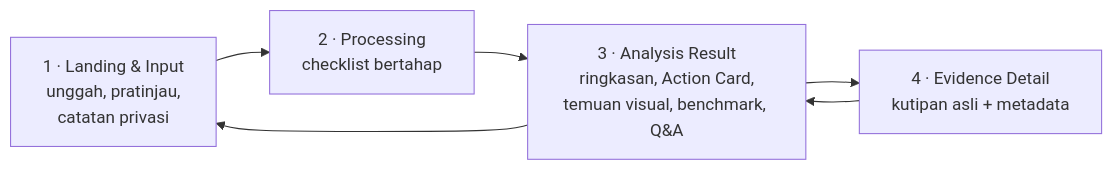
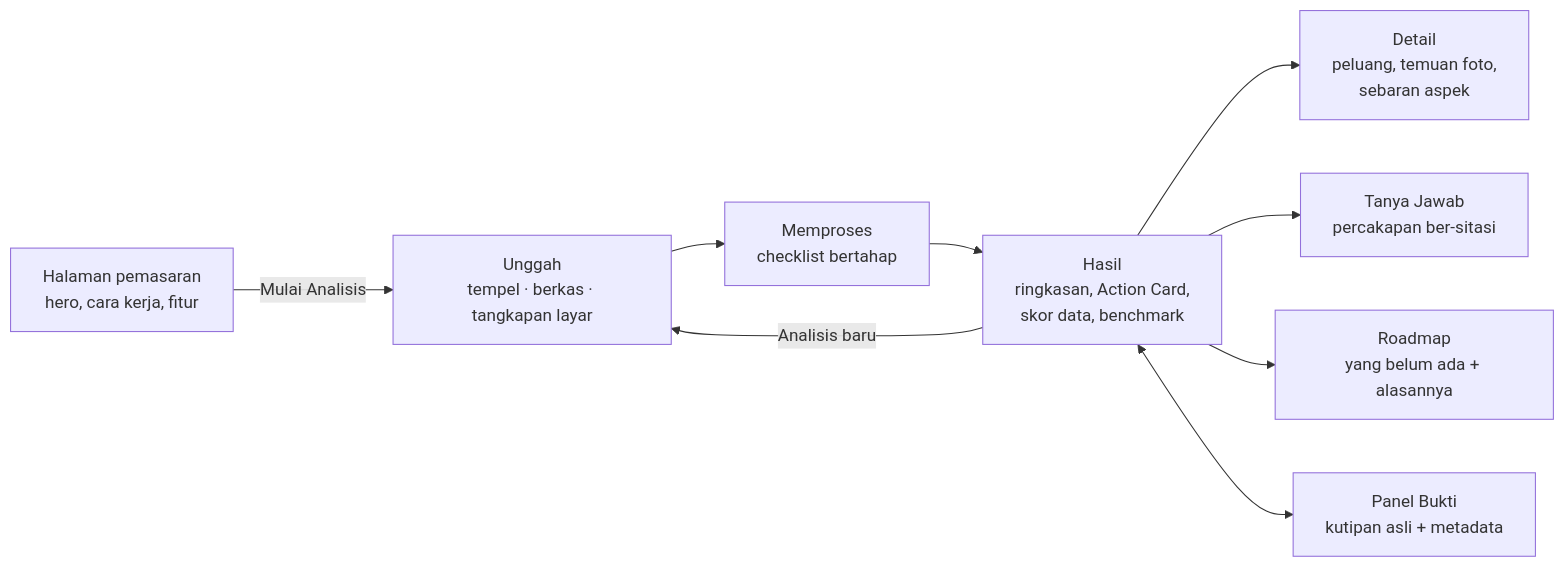
The fourth of 5 diagrams in README.md (MikaelAdikara/BPS_AIC), drawn with Mermaid before and after one commit. The commit also changed other lines of this file and 46 other files, not shown here.

````diff
--- a/README.md
+++ b/README.md
@@ -285,8 +290,11 @@
 ```mermaid
 flowchart LR
-    S1[1 · Landing & Input<br/>unggah, pratinjau,<br/>catatan privasi] --> S2[2 · Processing<br/>checklist bertahap]
-    S2 --> S3[3 · Analysis Result<br/>ringkasan, Action Card,<br/>temuan visual, benchmark, Q&A]
-    S3 --> S4[4 · Evidence Detail<br/>kutipan asli + metadata]
-    S4 --> S3
-    S3 --> S1
+    L[Halaman pemasaran<br/>hero, cara kerja, fitur] -->|Mulai Analisis| S1
+    S1[Unggah<br/>tempel · berkas · tangkapan layar] --> S2[Memproses<br/>checklist bertahap]
+    S2 --> S3[Hasil<br/>ringkasan, Action Card,<br/>skor data, benchmark]
+    S3 --> D[Detail<br/>peluang, temuan foto,<br/>sebaran aspek]
+    S3 --> Q[Tanya Jawab<br/>percakapan ber-sitasi]
+    S3 --> R[Roadmap<br/>yang belum ada + alasannya]
+    S3 <--> E[Panel Bukti<br/>kutipan asli + metadata]
+    S3 -->|Analisis baru| S1
 ```
````
